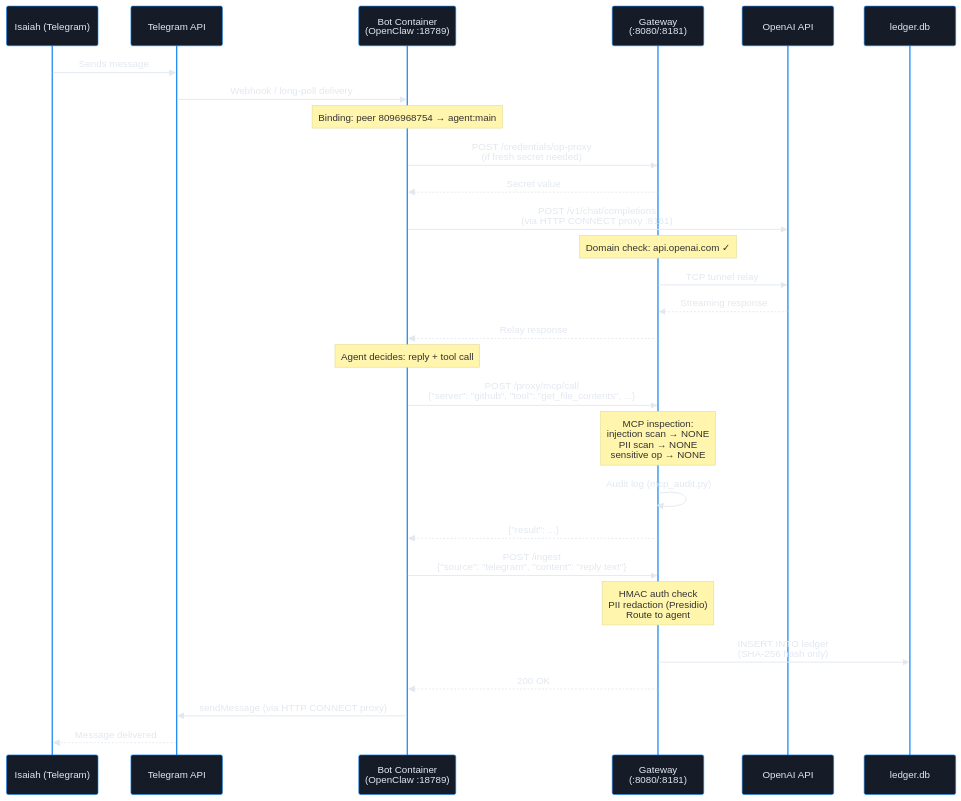
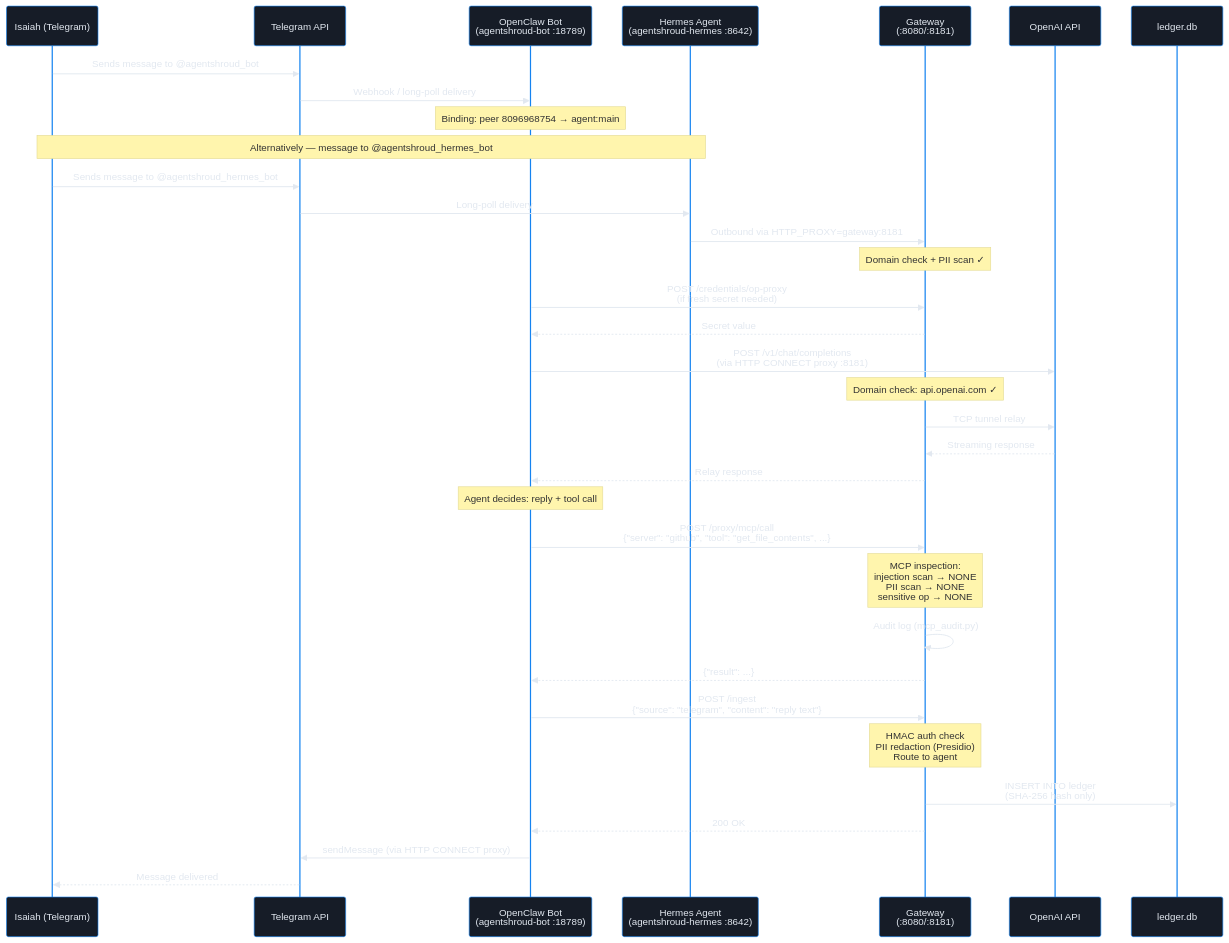
One commit to idallasjlabs/agentshroud changed the second of 4 diagrams in docs/diagrams/05-behavior.md. Above: the diagram before and after it, drawn with Mermaid. The commit also changed 53 other files, not shown here.

````diff
--- a/docs/diagrams/05-behavior.md
+++ b/docs/diagrams/05-behavior.md
@@ -91,38 +91,45 @@
 ```mermaid
 %%{init: {'theme': 'base', 'themeVariables': {'primaryColor': '#161c27', 'primaryTextColor': '#e2e8f0', 'primaryBorderColor': '#1583f0', 'lineColor': '#3a7bd5', 'secondaryColor': '#0f1219', 'tertiaryColor': '#08090b', 'background': '#08090b', 'mainBkg': '#161c27', 'nodeBorder': '#1583f0', 'clusterBkg': '#0f1219', 'clusterBorder': '#232b3d', 'titleColor': '#4da2f4', 'edgeLabelBackground': '#0f1219', 'fontFamily': 'Inter, system-ui, sans-serif', 'fontSize': '14px'}}}%%
 sequenceDiagram
     participant Isaiah as Isaiah (Telegram)
     participant TG as Telegram API
-    participant Bot as Bot Container<br/>(OpenClaw :18789)
+    participant Bot as OpenClaw Bot<br/>(agentshroud-bot :18789)
+    participant Hermes as Hermes Agent<br/>(agentshroud-hermes :8642)
     participant GW as Gateway<br/>(:8080/:8181)
     participant OAI as OpenAI API
     participant Ledger as ledger.db
 
-    Isaiah->>TG: Sends message
+    Isaiah->>TG: Sends message to @agentshroud_bot
     TG->>Bot: Webhook / long-poll delivery
     Note over Bot: Binding: peer 8096968754 → agent:main
+
+    Note over Isaiah,Hermes: Alternatively — message to @agentshroud_hermes_bot
+    Isaiah->>TG: Sends message to @agentshroud_hermes_bot
+    TG->>Hermes: Long-poll delivery
+    Hermes->>GW: Outbound via HTTP_PROXY=gateway:8181
+    Note over GW: Domain check + PII scan ✓
 
     Bot->>GW: POST /credentials/op-proxy<br/>(if fresh secret needed)
     GW-->>Bot: Secret value
 
     Bot->>OAI: POST /v1/chat/completions<br/>(via HTTP CONNECT proxy :8181)
     Note over GW: Domain check: api.openai.com ✓
     GW->>OAI: TCP tunnel relay
     OAI-->>GW: Streaming response
     GW-->>Bot: Relay response
 
     Note over Bot: Agent decides: reply + tool call
 
     Bot->>GW: POST /proxy/mcp/call<br/>{"server": "github", "tool": "get_file_contents", ...}
     Note over GW: MCP inspection:<br/>injection scan → NONE<br/>PII scan → NONE<br/>sensitive op → NONE
     GW->>GW: Audit log (mcp_audit.py)
     GW-->>Bot: {"result": ...}
 
     Bot->>GW: POST /ingest<br/>{"source": "telegram", "content": "reply text"}
     Note over GW: HMAC auth check<br/>PII redaction (Presidio)<br/>Route to agent
     GW->>Ledger: INSERT INTO ledger<br/>(SHA-256 hash only)
     GW-->>Bot: 200 OK
 
     Bot->>TG: sendMessage (via HTTP CONNECT proxy)
     TG-->>Isaiah: Message delivered
 ```
````
